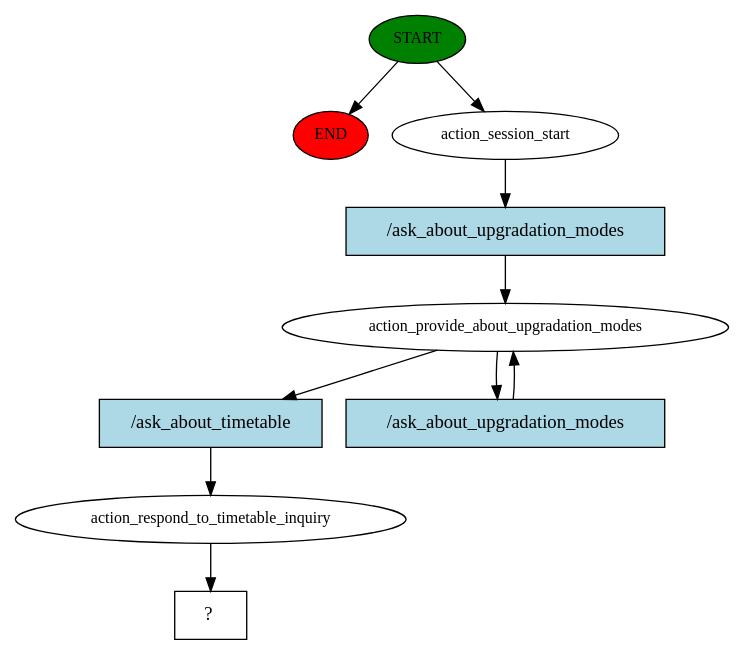
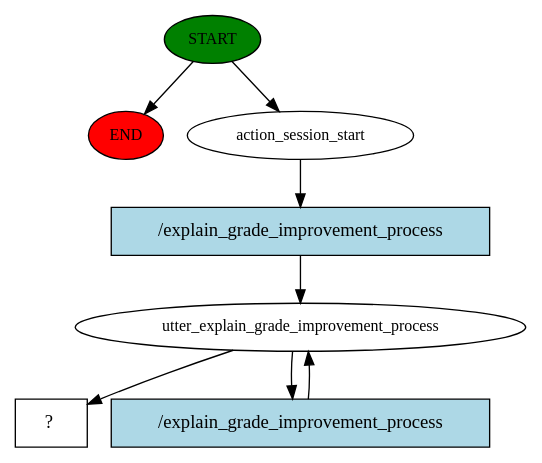
The diagram in story_graph.dot (thapar-Automation-chatbot/University-Chatbot-Pilot), drawn with Graphviz before and after one commit. The commit also changed 14 other files, not shown here.

```diff
--- a/story_graph.dot
+++ b/story_graph.dot
@@ -1,20 +1,16 @@
 digraph  {
 0 [class="start active", fillcolor=green, fontsize=12, label=START, style=filled];
 "-1" [class=end, fillcolor=red, fontsize=12, label=END, style=filled];
 1 [class=active, fontsize=12, label=action_session_start];
-2 [class=active, fontsize=12, label=action_provide_about_upgradation_modes];
-4 [class=active, fontsize=12, label=action_respond_to_timetable_inquiry];
-5 [class="intent dashed active", label="  ?  ", shape=rect];
-6 [class="intent active", fillcolor=lightblue, label="/ask_about_upgradation_modes", shape=rect, style=filled];
-7 [class="intent active", fillcolor=lightblue, label="/ask_about_timetable", shape=rect, style=filled];
-8 [class="intent active", fillcolor=lightblue, label="/ask_about_upgradation_modes", shape=rect, style=filled];
+2 [class=active, fontsize=12, label=utter_explain_grade_improvement_process];
+4 [class="intent dashed active", label="  ?  ", shape=rect];
+5 [class="intent active", fillcolor=lightblue, label="/explain_grade_improvement_process", shape=rect, style=filled];
+6 [class="intent active", fillcolor=lightblue, label="/explain_grade_improvement_process", shape=rect, style=filled];
 0 -> "-1"  [class="", key=NONE, label=""];
 0 -> 1  [class=active, key=NONE, label=""];
-1 -> 6  [class=active, key=0];
-2 -> 7  [class=active, key=0];
-2 -> 8  [class=active, key=0];
-4 -> 5  [class=active, key=NONE, label=""];
+1 -> 5  [class=active, key=0];
+2 -> 4  [class=active, key=NONE, label=""];
+2 -> 6  [class=active, key=0];
+5 -> 2  [class=active, key=0];
 6 -> 2  [class=active, key=0];
-7 -> 4  [class=active, key=0];
-8 -> 2  [class=active, key=0];
 }
```
